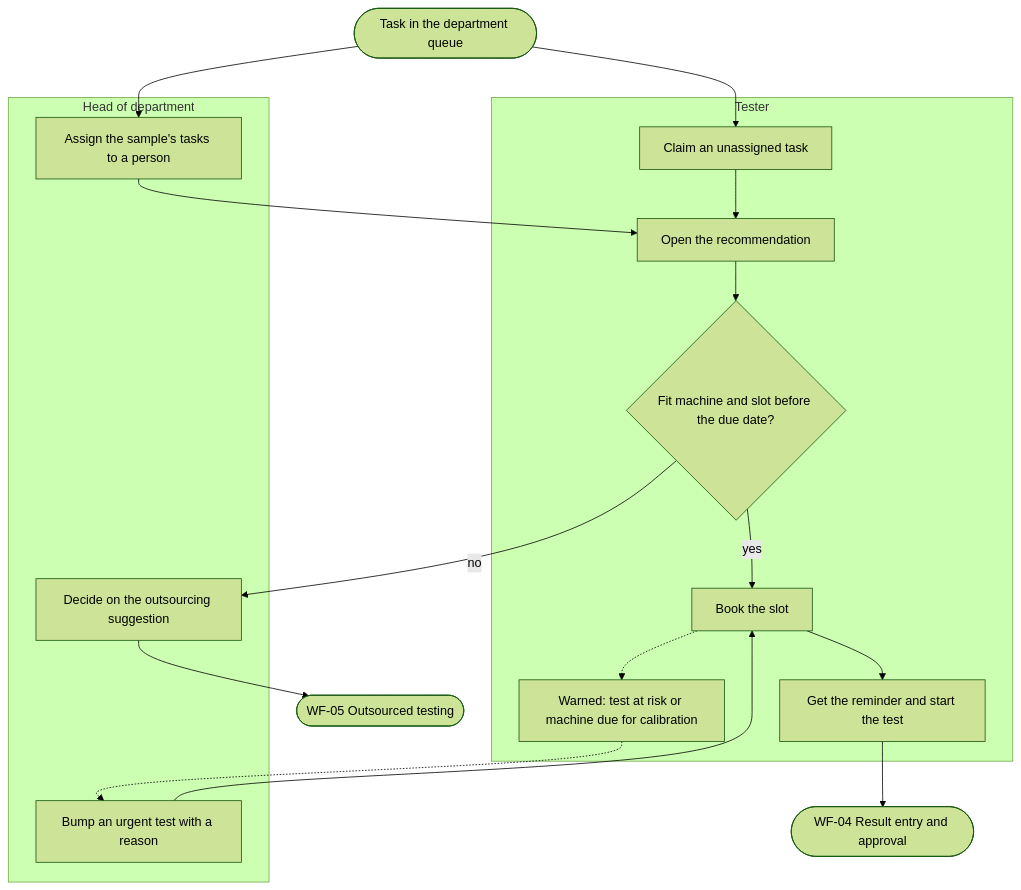
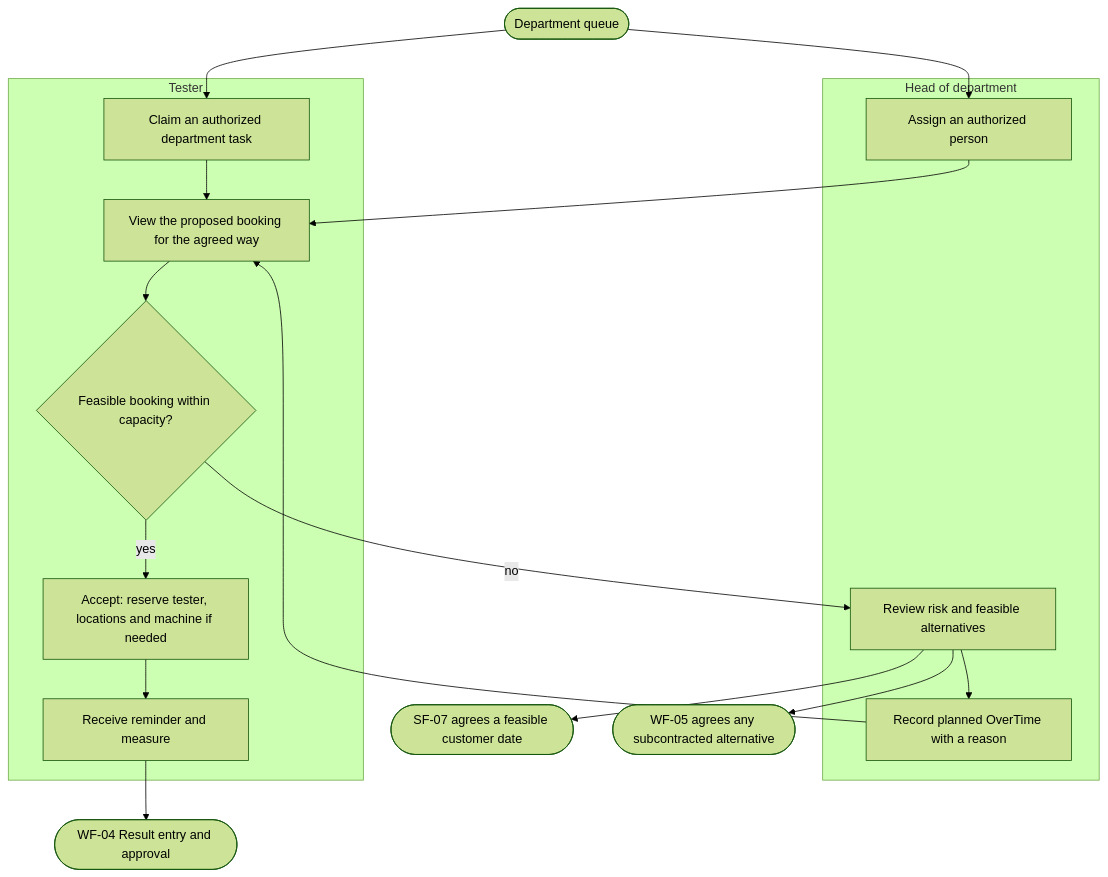
One commit to SoltuneMontepre/medilab changed the third of 17 diagrams in docs/functional/business-flows.md. Above: the diagram before and after it, drawn with Mermaid (forest theme). The commit also changed other lines of this file and 47 other files, not shown here.

````diff
--- a/docs/functional/business-flows.md
+++ b/docs/functional/business-flows.md
@@ -149,21 +138,21 @@
 ```mermaid
 flowchart TD
     subgraph lane8 ["Head of department"]
-        h1[Assign the sample's tasks to a person] 
-        h2[Bump an urgent test with a reason]
-        h3[Decide on the outsourcing suggestion]
+        h1[Assign an authorized person]
+        h2[Review risk and feasible alternatives]
+        h3[Record planned OverTime with a reason]
     end
     subgraph lane9 ["Tester"]
-        t1[Claim an unassigned task]
-        t2[Open the recommendation] --> t3{Fit machine and slot before the due date?}
-        t3 -->|yes| t4[Book the slot]
-        t4 --> t5[Get the reminder and start the test]
-        t6["Warned: test at risk or machine due for calibration"]
+        t1[Claim an authorized department task]
+        t2[View the proposed booking for the agreed way] --> t3{Feasible booking within capacity?}
+        t3 -->|yes| t4[Accept: reserve tester, locations and machine if needed]
+        t4 --> t5[Receive reminder and measure]
     end
-    queue([Task in the department queue]) --> h1 --> t2
+    queue([Department queue]) --> h1 --> t2
     queue --> t1 --> t2
-    t3 -->|no| h3 --> wf05([WF-05 Outsourced testing])
-    t4 -.-> t6
-    t6 -.-> h2 --> t4
+    t3 -->|no| h2
+    h2 --> h3 --> t2
+    h2 --> dates([SF-07 agrees a feasible customer date])
+    h2 --> outsource([WF-05 agrees any subcontracted alternative])
     t5 --> wf04([WF-04 Result entry and approval])
 ```
````
